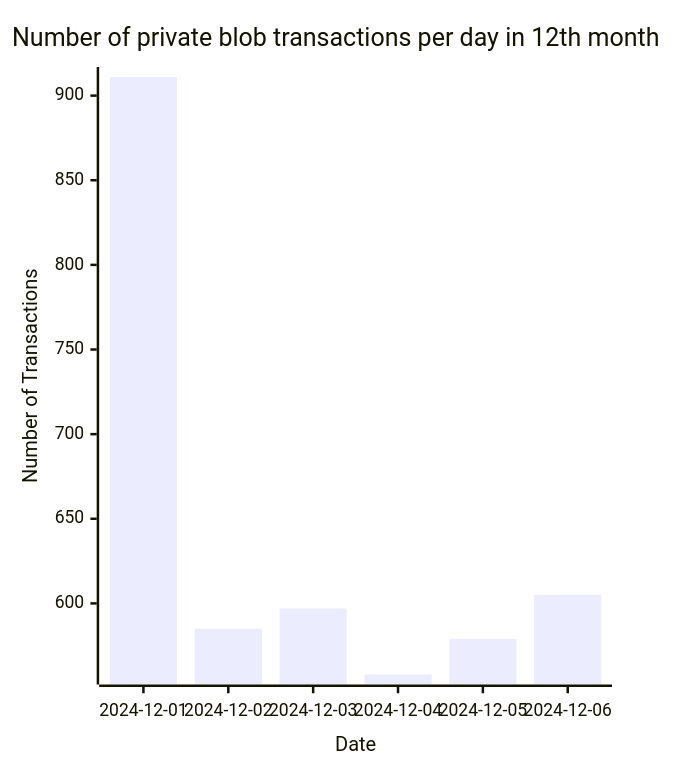
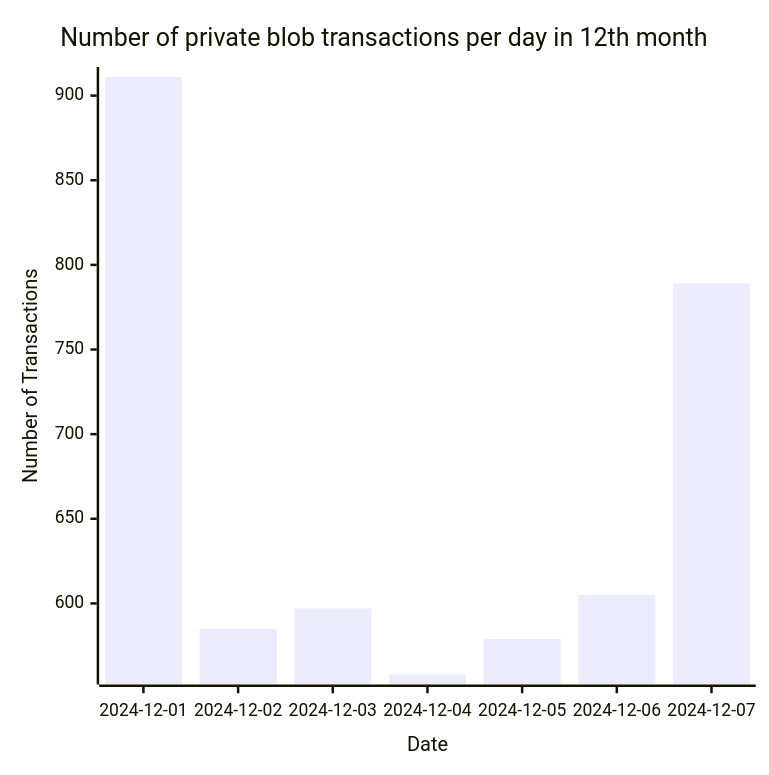
The diagram in README.md (Amit0617/eip4844-data), drawn with Mermaid before and after one commit. The commit also changed 1 other file, not shown here.

````diff
--- a/README.md
+++ b/README.md
@@ -1,12 +1,12 @@
 ```mermaid
 ---
 config:
     xyChart:
-        width: 480
+        width: 595
         height: 600
 ---
 xychart-beta title "Number of private blob transactions per day in 12th month"
-x-axis "Date" [2024-12-01,2024-12-02,2024-12-03,2024-12-04,2024-12-05,2024-12-06]
+x-axis "Date" [2024-12-01,2024-12-02,2024-12-03,2024-12-04,2024-12-05,2024-12-06,2024-12-07]
 y-axis "Number of Transactions"
-bar[911,585,597,558,579,605]
+bar[911,585,597,558,579,605,789]
 ```
````
